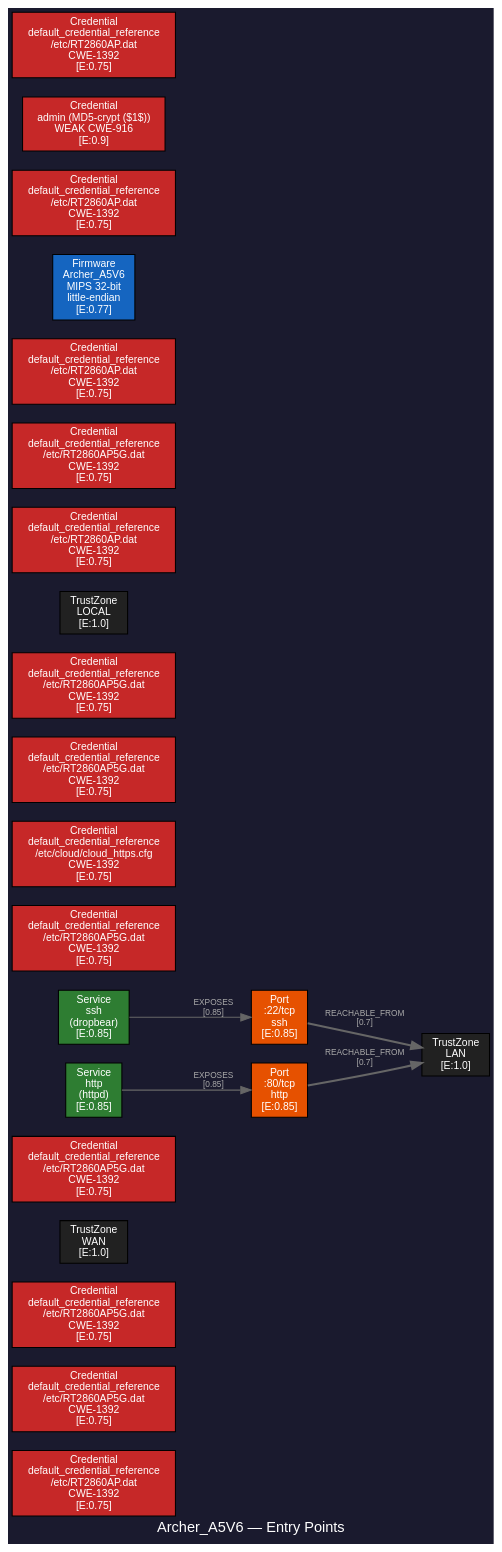
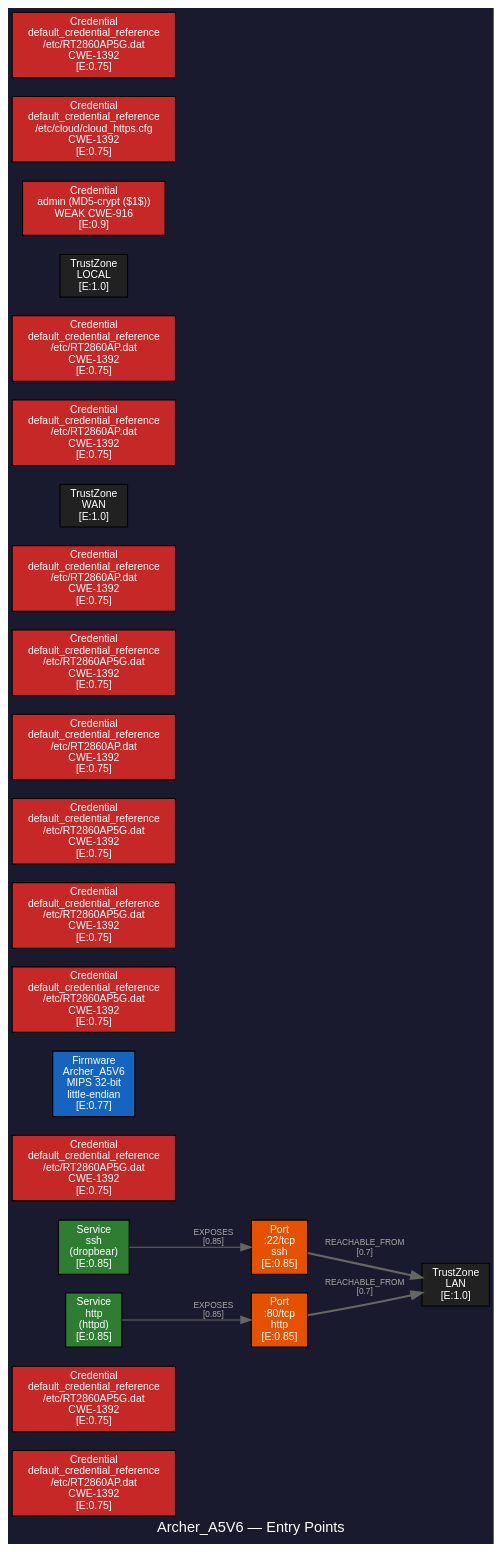
The diagram in analysis/Archer_A5V6/attack_surface/graph_entry_points.dot (masjadaan/fw-inspector), drawn with Graphviz before and after one commit. The commit also changed other lines of this file and 16 other files, not shown here.

```diff
--- a/analysis/Archer_A5V6/attack_surface/graph_entry_points.dot
+++ b/analysis/Archer_A5V6/attack_surface/graph_entry_points.dot
@@ -1,67 +1,67 @@
 digraph AttackSurface {
   label="Archer_A5V6 — Entry Points";
   graph [rankdir=LR fontname="Helvetica" bgcolor="#1a1a2e" labelfontcolor=white fontcolor=white];
   node [style=filled fontname="Helvetica" fontsize=10 fontcolor=white shape=box];
   edge [fontname="Helvetica" fontsize=8 fontcolor="#aaaaaa" color="#666666"];
 
-  "94be37a1-24bd-53a2-a498-72047276d1e6" [label="Credential\ndefault_credential_reference
+  "d4f9643d-72e4-5943-9ed1-9c707bf974a9" [label="Credential\ndefault_credential_reference
 /etc/RT2860AP.dat
 CWE-1392\n[E:0.75]" fillcolor="#c62828"];
   "c37d8892-79ee-5640-b28d-69d7a0d7cfff" [label="Credential\ndefault_credential_reference
 /etc/RT2860AP5G.dat
 CWE-1392\n[E:0.75]" fillcolor="#c62828"];
+  "dcc26132-9ab7-58e3-b3c5-b963b9aaa986" [label="Port\n:80/tcp
+http\n[E:0.85]" fillcolor="#e65100"];
+  "3b293f21-0eb4-5f43-a812-6003abf47fe0" [label="Credential\ndefault_credential_reference
+/etc/RT2860AP5G.dat
+CWE-1392\n[E:0.75]" fillcolor="#c62828"];
+  "8543e8e7-c056-5fd8-82a0-f2237989eb9b" [label="Firmware\nArcher_A5V6
+MIPS 32-bit
+little-endian\n[E:0.77]" fillcolor="#1565c0"];
   "35f1e079-f04b-56e1-a050-0d4300b50691" [label="Credential\ndefault_credential_reference
 /etc/RT2860AP5G.dat
 CWE-1392\n[E:0.75]" fillcolor="#c62828"];
-  "d8fd0554-f2d8-520a-bd9c-bdcb76f35719" [label="TrustZone\nWAN\n[E:1.0]" fillcolor="#212121"];
-  "aa217d6d-7ff6-51f3-809c-0520f198881f" [label="Credential\ndefault_credential_reference
+  "9c400bb1-4475-54d2-ad07-f1ec96145934" [label="Credential\ndefault_credential_reference
 /etc/RT2860AP5G.dat
 CWE-1392\n[E:0.75]" fillcolor="#c62828"];
-  "9638fa9f-98ec-571f-b97a-9ae27fe69d1c" [label="Service\nssh
-(dropbear)\n[E:0.85]" fillcolor="#2e7d32"];
-  "47b0d35c-455f-596c-88f1-4f4329e287bb" [label="Credential\ndefault_credential_reference
-/etc/RT2860AP5G.dat
-CWE-1392\n[E:0.75]" fillcolor="#c62828"];
-  "9e6b0d2c-e2a2-5c00-a1ee-f7af6bf5b687" [label="Credential\ndefault_credential_reference
-/etc/cloud/cloud_https.cfg
-CWE-1392\n[E:0.75]" fillcolor="#c62828"];
-  "bd1394e0-d23a-57cf-b200-72576e83c7cd" [label="Port\n:22/tcp
-ssh\n[E:0.85]" fillcolor="#e65100"];
-  "3b293f21-0eb4-5f43-a812-6003abf47fe0" [label="Credential\ndefault_credential_reference
-/etc/RT2860AP5G.dat
-CWE-1392\n[E:0.75]" fillcolor="#c62828"];
-  "7dbc338d-87cb-5b26-b6a8-842c9860515c" [label="Credential\ndefault_credential_reference
-/etc/RT2860AP5G.dat
-CWE-1392\n[E:0.75]" fillcolor="#c62828"];
-  "3b2fed17-bbd8-5f69-9aa7-bca9923efaaf" [label="TrustZone\nLOCAL\n[E:1.0]" fillcolor="#212121"];
-  "d4f9643d-72e4-5943-9ed1-9c707bf974a9" [label="Credential\ndefault_credential_reference
-/etc/RT2860AP.dat
-CWE-1392\n[E:0.75]" fillcolor="#c62828"];
-  "17bdd733-84c8-5295-ba1b-932eec13c7c2" [label="TrustZone\nLAN\n[E:1.0]" fillcolor="#212121"];
-  "9c400bb1-4475-54d2-ad07-f1ec96145934" [label="Credential\ndefault_credential_reference
+  "aa217d6d-7ff6-51f3-809c-0520f198881f" [label="Credential\ndefault_credential_reference
 /etc/RT2860AP5G.dat
 CWE-1392\n[E:0.75]" fillcolor="#c62828"];
   "60001d05-2222-592a-b425-11df33d38dcd" [label="Credential\ndefault_credential_reference
 /etc/RT2860AP.dat
 CWE-1392\n[E:0.75]" fillcolor="#c62828"];
-  "8543e8e7-c056-5fd8-82a0-f2237989eb9b" [label="Firmware\nArcher_A5V6
-MIPS 32-bit
-little-endian\n[E:0.77]" fillcolor="#1565c0"];
+  "47b0d35c-455f-596c-88f1-4f4329e287bb" [label="Credential\ndefault_credential_reference
+/etc/RT2860AP5G.dat
+CWE-1392\n[E:0.75]" fillcolor="#c62828"];
+  "94be37a1-24bd-53a2-a498-72047276d1e6" [label="Credential\ndefault_credential_reference
+/etc/RT2860AP.dat
+CWE-1392\n[E:0.75]" fillcolor="#c62828"];
+  "d8fd0554-f2d8-520a-bd9c-bdcb76f35719" [label="TrustZone\nWAN\n[E:1.0]" fillcolor="#212121"];
+  "bd1394e0-d23a-57cf-b200-72576e83c7cd" [label="Port\n:22/tcp
+ssh\n[E:0.85]" fillcolor="#e65100"];
   "79daf2e1-ce91-5c18-a063-9cd8c139f838" [label="Credential\ndefault_credential_reference
 /etc/RT2860AP.dat
 CWE-1392\n[E:0.75]" fillcolor="#c62828"];
+  "17bdd733-84c8-5295-ba1b-932eec13c7c2" [label="TrustZone\nLAN\n[E:1.0]" fillcolor="#212121"];
+  "5d3ae3cb-923a-56b3-bd71-e0194f1e5c6c" [label="Credential\ndefault_credential_reference
+/etc/RT2860AP.dat
+CWE-1392\n[E:0.75]" fillcolor="#c62828"];
+  "3b2fed17-bbd8-5f69-9aa7-bca9923efaaf" [label="TrustZone\nLOCAL\n[E:1.0]" fillcolor="#212121"];
+  "9638fa9f-98ec-571f-b97a-9ae27fe69d1c" [label="Service\nssh
+(dropbear)\n[E:0.85]" fillcolor="#2e7d32"];
+  "0fad8007-fb86-55cd-b1dd-775249b69a07" [label="Service\nhttp
+(httpd)\n[E:0.85]" fillcolor="#2e7d32"];
   "c6c3a11d-aca5-59f5-8293-85aa4624d9cf" [label="Credential\nadmin (MD5-crypt ($1$))
 WEAK CWE-916\n[E:0.9]" fillcolor="#c62828"];
-  "0fad8007-fb86-55cd-b1dd-775249b69a07" [label="Service\nhttp
-(httpd)\n[E:0.85]" fillcolor="#2e7d32"];
-  "dcc26132-9ab7-58e3-b3c5-b963b9aaa986" [label="Port\n:80/tcp
-http\n[E:0.85]" fillcolor="#e65100"];
-  "5d3ae3cb-923a-56b3-bd71-e0194f1e5c6c" [label="Credential\ndefault_credential_reference
-/etc/RT2860AP.dat
+  "9e6b0d2c-e2a2-5c00-a1ee-f7af6bf5b687" [label="Credential\ndefault_credential_reference
+/etc/cloud/cloud_https.cfg
+CWE-1392\n[E:0.75]" fillcolor="#c62828"];
+  "7dbc338d-87cb-5b26-b6a8-842c9860515c" [label="Credential\ndefault_credential_reference
+/etc/RT2860AP5G.dat
 CWE-1392\n[E:0.75]" fillcolor="#c62828"];
 
   "9638fa9f-98ec-571f-b97a-9ae27fe69d1c" -> "bd1394e0-d23a-57cf-b200-72576e83c7cd" [label="EXPOSES\n[0.85]" style=solid];
   "bd1394e0-d23a-57cf-b200-72576e83c7cd" -> "17bdd733-84c8-5295-ba1b-932eec13c7c2" [label="REACHABLE_FROM\n[0.7]" style=bold];
   "0fad8007-fb86-55cd-b1dd-775249b69a07" -> "dcc26132-9ab7-58e3-b3c5-b963b9aaa986" [label="EXPOSES\n[0.85]" style=solid];
   "dcc26132-9ab7-58e3-b3c5-b963b9aaa986" -> "17bdd733-84c8-5295-ba1b-932eec13c7c2" [label="REACHABLE_FROM\n[0.7]" style=bold];
 }
```
